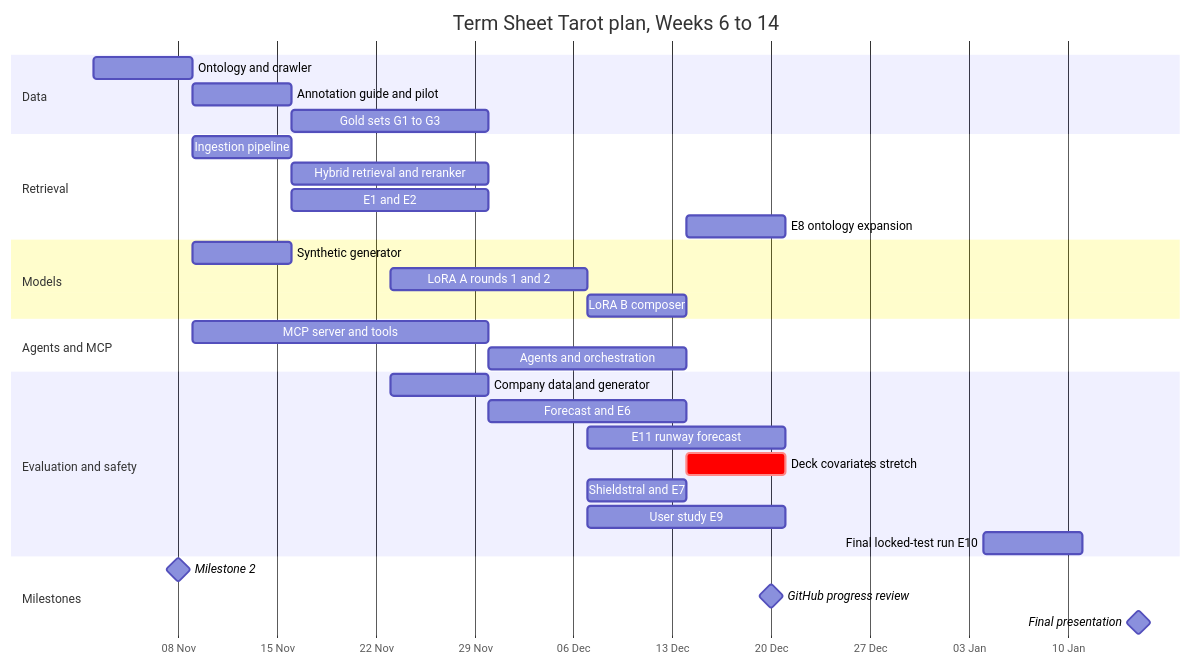
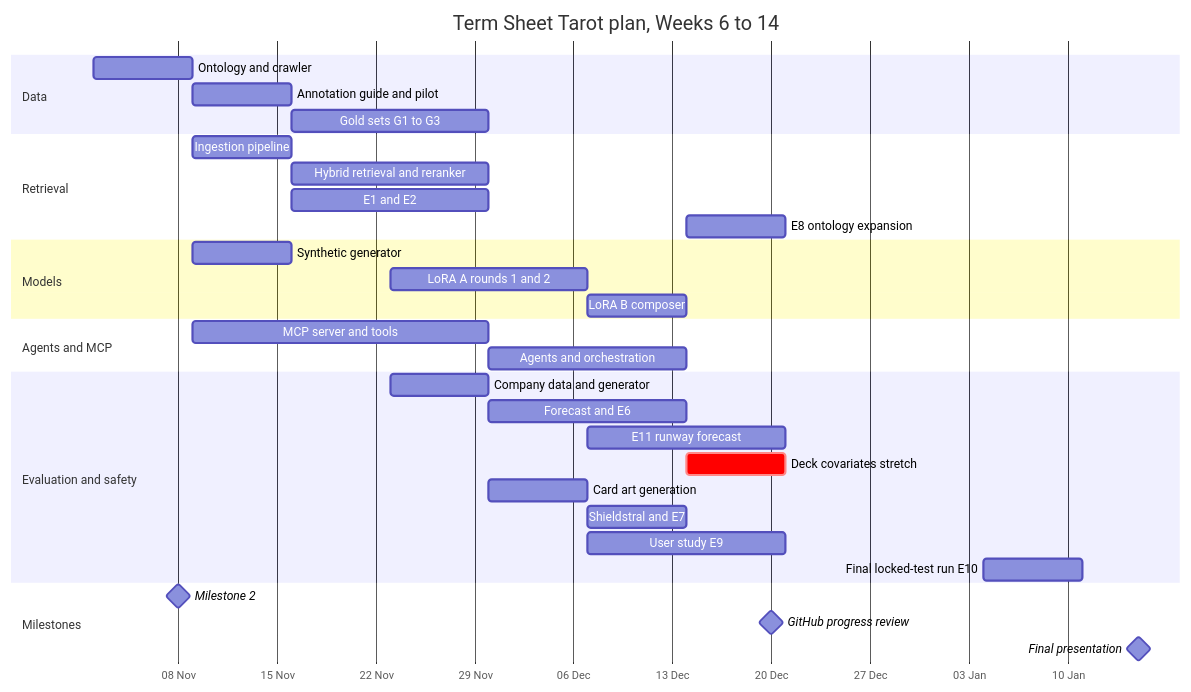
Before and after one commit to luca7ok/Term-Sheet-Tarot: the eighth of 8 diagrams in docs/milestone2-architecture.md, drawn with Mermaid. The commit also changed other lines of this file, not shown here.

````diff
--- a/docs/milestone2-architecture.md
+++ b/docs/milestone2-architecture.md
@@ -544,34 +589,35 @@
 ```mermaid
 gantt
     title Term Sheet Tarot plan, Weeks 6 to 14
     dateFormat YYYY-MM-DD
     axisFormat %d %b
     section Data
     Ontology and crawler          :d1, 2026-11-02, 7d
     Annotation guide and pilot    :d2, 2026-11-09, 7d
     Gold sets G1 to G3            :d3, 2026-11-16, 14d
     section Retrieval
     Ingestion pipeline            :r1, 2026-11-09, 7d
     Hybrid retrieval and reranker :r2, 2026-11-16, 14d
     E1 and E2                     :r3, 2026-11-16, 14d
     E8 ontology expansion         :r4, 2026-12-14, 7d
     section Models
     Synthetic generator           :m1, 2026-11-09, 7d
     LoRA A rounds 1 and 2         :m2, 2026-11-23, 14d
     LoRA B composer               :m3, 2026-12-07, 7d
     section Agents and MCP
     MCP server and tools          :a1, 2026-11-09, 21d
     Agents and orchestration      :a2, 2026-11-30, 14d
     section Evaluation and safety
     Company data and generator    :e0, 2026-11-23, 7d
     Forecast and E6               :e1, 2026-11-30, 14d
     E11 runway forecast           :e5, 2026-12-07, 14d
     Deck covariates stretch       :crit, e6, 2026-12-14, 7d
+    Card art generation           :e7, 2026-11-30, 7d
     Shieldstral and E7            :e2, 2026-12-07, 7d
     User study E9                 :e3, 2026-12-07, 14d
     Final locked-test run E10     :e4, 2027-01-04, 7d
     section Milestones
     Milestone 2                   :milestone, 2026-11-08, 0d
     GitHub progress review        :milestone, 2026-12-20, 0d
     Final presentation            :milestone, 2027-01-15, 0d
 ```
````
